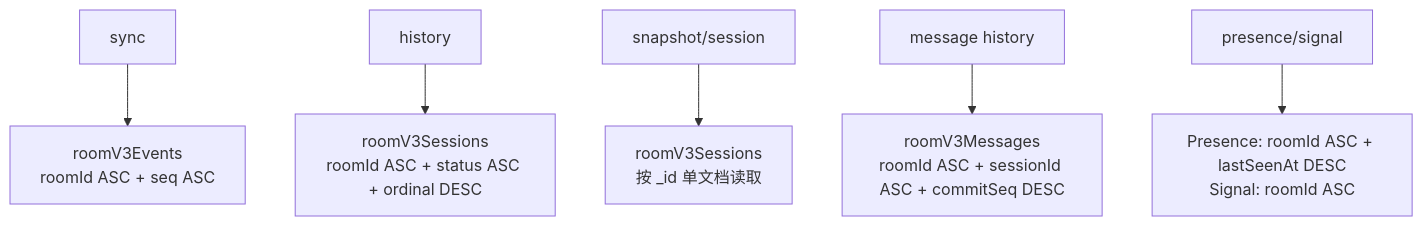
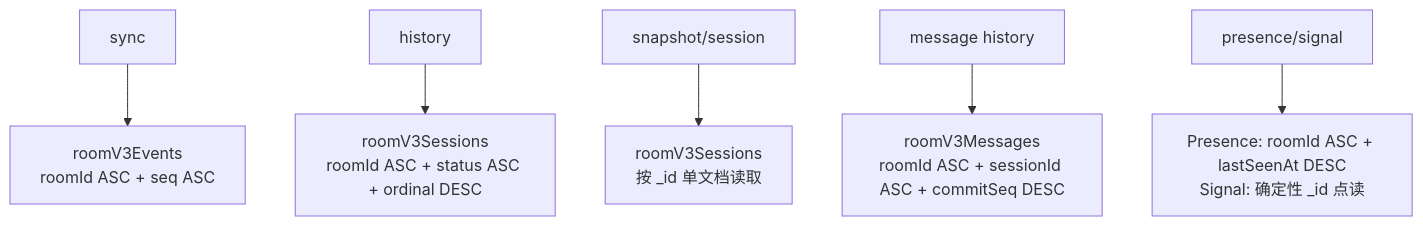
Before and after one commit to Bubble-419/cardboard-miniprogram: the third of 7 diagrams in docs/ROOM_PROTOCOL_V3_DEPLOYMENT.md, drawn with Mermaid. The commit also changed other lines of this file and 54 other files, not shown here.

````diff
--- a/docs/ROOM_PROTOCOL_V3_DEPLOYMENT.md
+++ b/docs/ROOM_PROTOCOL_V3_DEPLOYMENT.md
@@ -64,8 +68,8 @@
 ```mermaid
 flowchart TB
   SYNC[sync] --> EIDX[roomV3Events<br/>roomId ASC + seq ASC]
   HISTORY[history] --> SIDX[roomV3Sessions<br/>roomId ASC + status ASC + ordinal DESC]
   SNAPSHOT[snapshot/session] --> SDOC[roomV3Sessions<br/>按 _id 单文档读取]
   MSG[message history] --> MIDX[roomV3Messages<br/>roomId ASC + sessionId ASC + commitSeq DESC]
-  EPHEMERAL[presence/signal] --> PIDX[Presence: roomId ASC + lastSeenAt DESC<br/>Signal: roomId ASC]
+  EPHEMERAL[presence/signal] --> PIDX[Presence: roomId ASC + lastSeenAt DESC<br/>Signal: 确定性 _id 点读]
 ```
````
